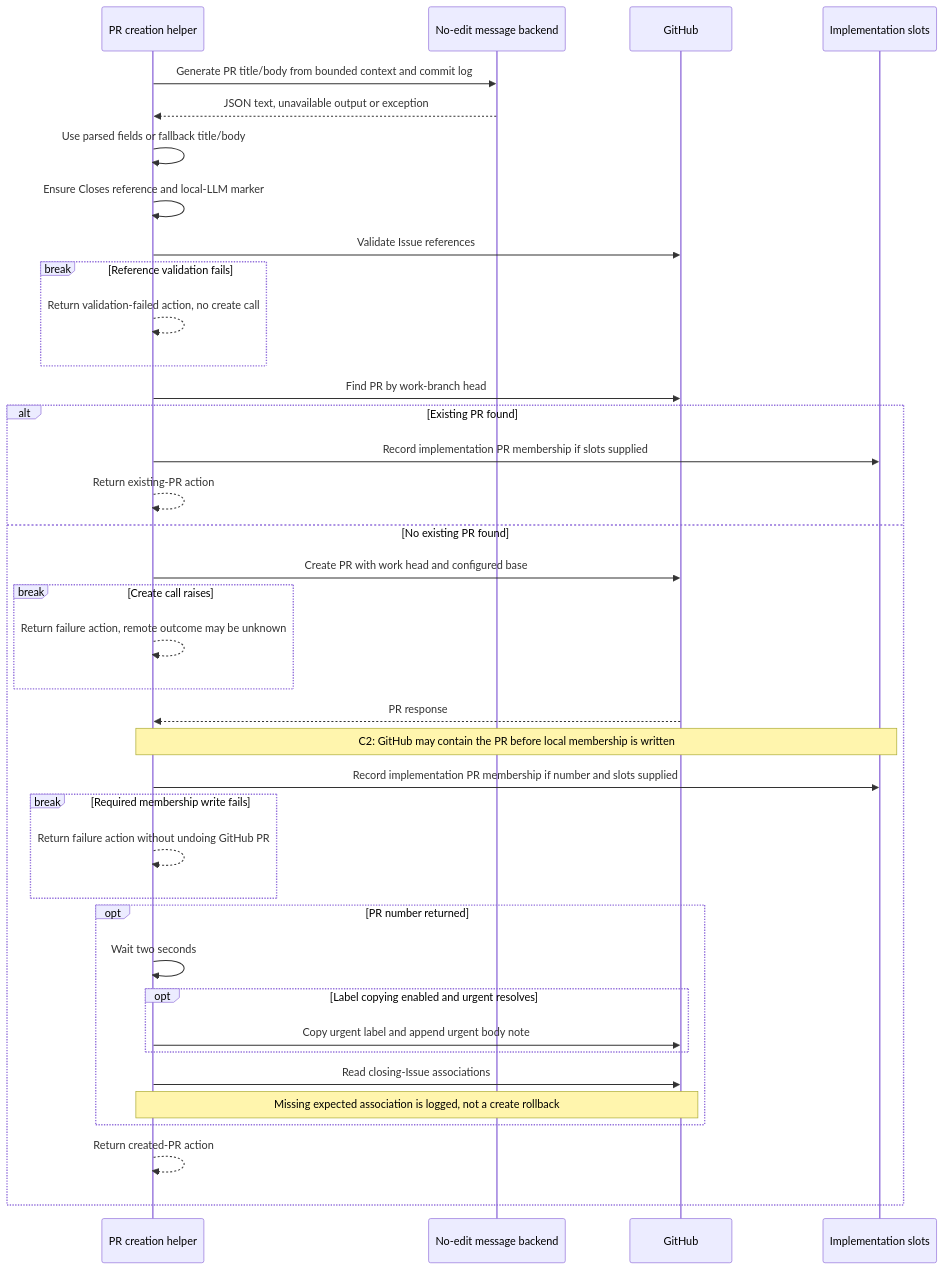
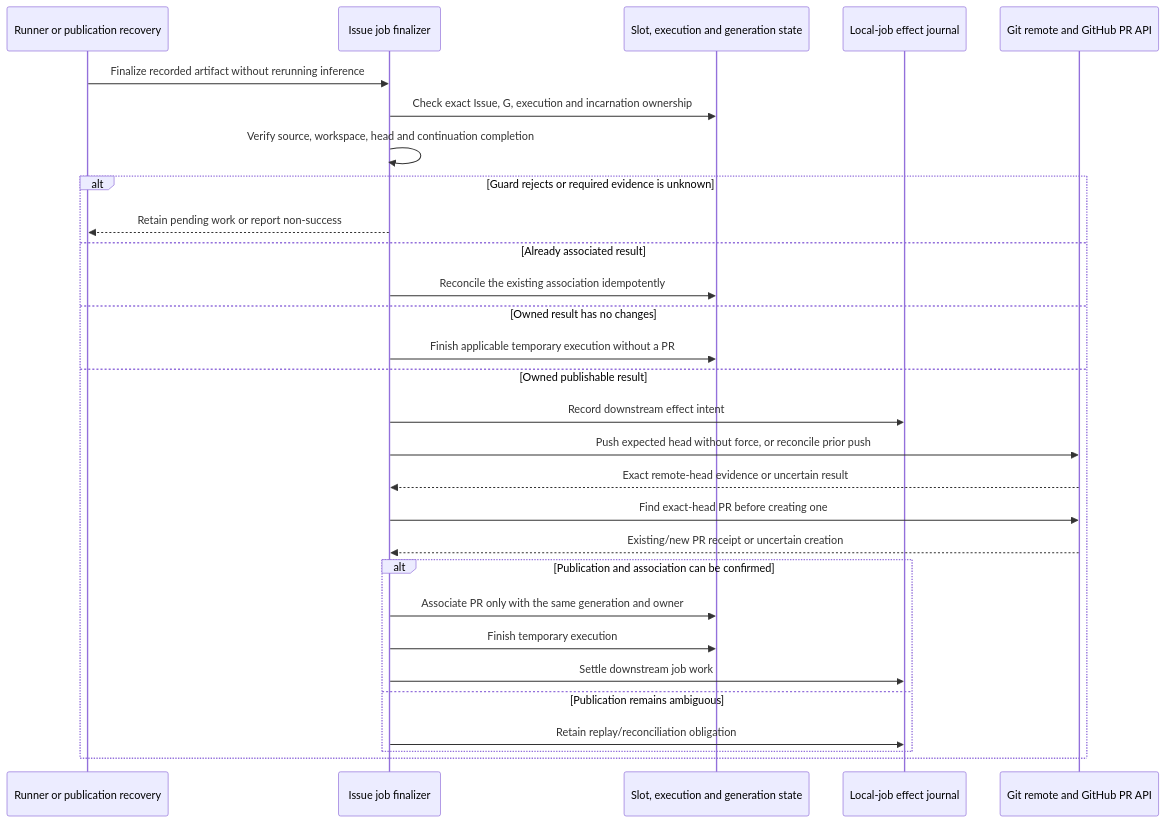
Before and after one commit to kitamura-tetsuo/auto-coder: the second of 2 diagrams in docs/architecture/as-is/issue-local-execution.md, drawn with Mermaid. The commit also changed other lines of this file and 14 other files, not shown here.

First line of the commit message:
docs: refresh as-is sequences and map refactoring boundaries

````diff
--- a/docs/architecture/as-is/issue-local-execution.md
+++ b/docs/architecture/as-is/issue-local-execution.md
@@ -58,40 +36,31 @@
 ```mermaid
 sequenceDiagram
-    participant H as PR creation helper
-    participant B as No-edit message backend
-    participant G as GitHub
-    participant S as Implementation slots
-    H->>B: Generate PR title/body from bounded context and commit log
-    B-->>H: JSON text, unavailable output or exception
-    H->>H: Use parsed fields or fallback title/body
-    H->>H: Ensure Closes reference and local-LLM marker
-    H->>G: Validate Issue references
-    break Reference validation fails
-        H-->>H: Return validation-failed action, no create call
-    end
-    H->>G: Find PR by work-branch head
-    alt Existing PR found
-        H->>S: Record implementation PR membership if slots supplied
-        H-->>H: Return existing-PR action
-    else No existing PR found
-        H->>G: Create PR with work head and configured base
-        break Create call raises
-            H-->>H: Return failure action, remote outcome may be unknown
+    participant R as Runner or publication recovery
+    participant F as Issue job finalizer
+    participant S as Slot, execution and generation state
+    participant J as Local-job effect journal
+    participant G as Git remote and GitHub PR API
+    R->>F: Finalize recorded artifact without rerunning inference
+    F->>S: Check exact Issue, G, execution and incarnation ownership
+    F->>F: Verify source, workspace, head and continuation completion
+    alt Guard rejects or required evidence is unknown
+        F-->>R: Retain pending work or report non-success
+    else Already associated result
+        F->>S: Reconcile the existing association idempotently
+    else Owned result has no changes
+        F->>S: Finish applicable temporary execution without a PR
+    else Owned publishable result
+        F->>J: Record downstream effect intent
+        F->>G: Push expected head without force, or reconcile prior push
+        G-->>F: Exact remote-head evidence or uncertain result
+        F->>G: Find exact-head PR before creating one
+        G-->>F: Existing/new PR receipt or uncertain creation
+        alt Publication and association can be confirmed
+            F->>S: Associate PR only with the same generation and owner
+            F->>S: Finish temporary execution
+            F->>J: Settle downstream job work
+        else Publication remains ambiguous
+            F->>J: Retain replay/reconciliation obligation
         end
-        G-->>H: PR response
-        Note over H,S: C2: GitHub may contain the PR before local membership is written
-        H->>S: Record implementation PR membership if number and slots supplied
-        break Required membership write fails
-            H-->>H: Return failure action without undoing GitHub PR
-        end
-        opt PR number returned
-            H->>H: Wait two seconds
-            opt Label copying enabled and urgent resolves
-                H->>G: Copy urgent label and append urgent body note
-            end
-            H->>G: Read closing-Issue associations
-            Note over H,G: Missing expected association is logged, not a create rollback
-        end
-        H-->>H: Return created-PR action
     end
 ```
````
